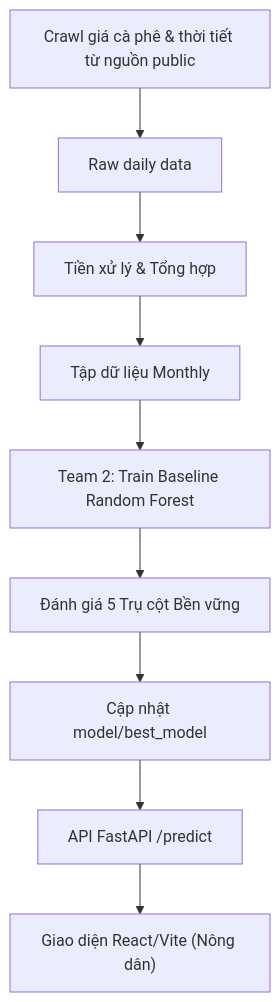
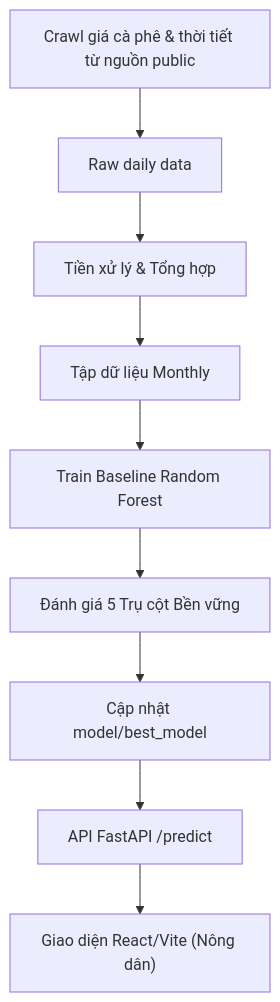
The diagram in README.md (uit-25730067-chithanh/AI002-Team22-DT10), drawn with Mermaid before and after one commit. The commit also changed other lines of this file and 21 other files, not shown here.

````diff
--- a/README.md
+++ b/README.md
@@ -204,14 +208,14 @@
 ```mermaid
 flowchart TD
     A["Crawl giá cà phê & thời tiết từ nguồn public"] --> B["Raw daily data"]
-    
+
     B --> G["Tiền xử lý & Tổng hợp"]
 
     G --> I["Tập dữ liệu Monthly"]
-    I --> M["Team 2: Train Baseline Random Forest"]
+    I --> M["Train Baseline Random Forest"]
 
     M --> N["Đánh giá 5 Trụ cột Bền vững"]
     N --> O["Cập nhật model/best_model"]
     O --> P["API FastAPI /predict"]
     P --> Q["Giao diện React/Vite (Nông dân)"]
 ```
````
